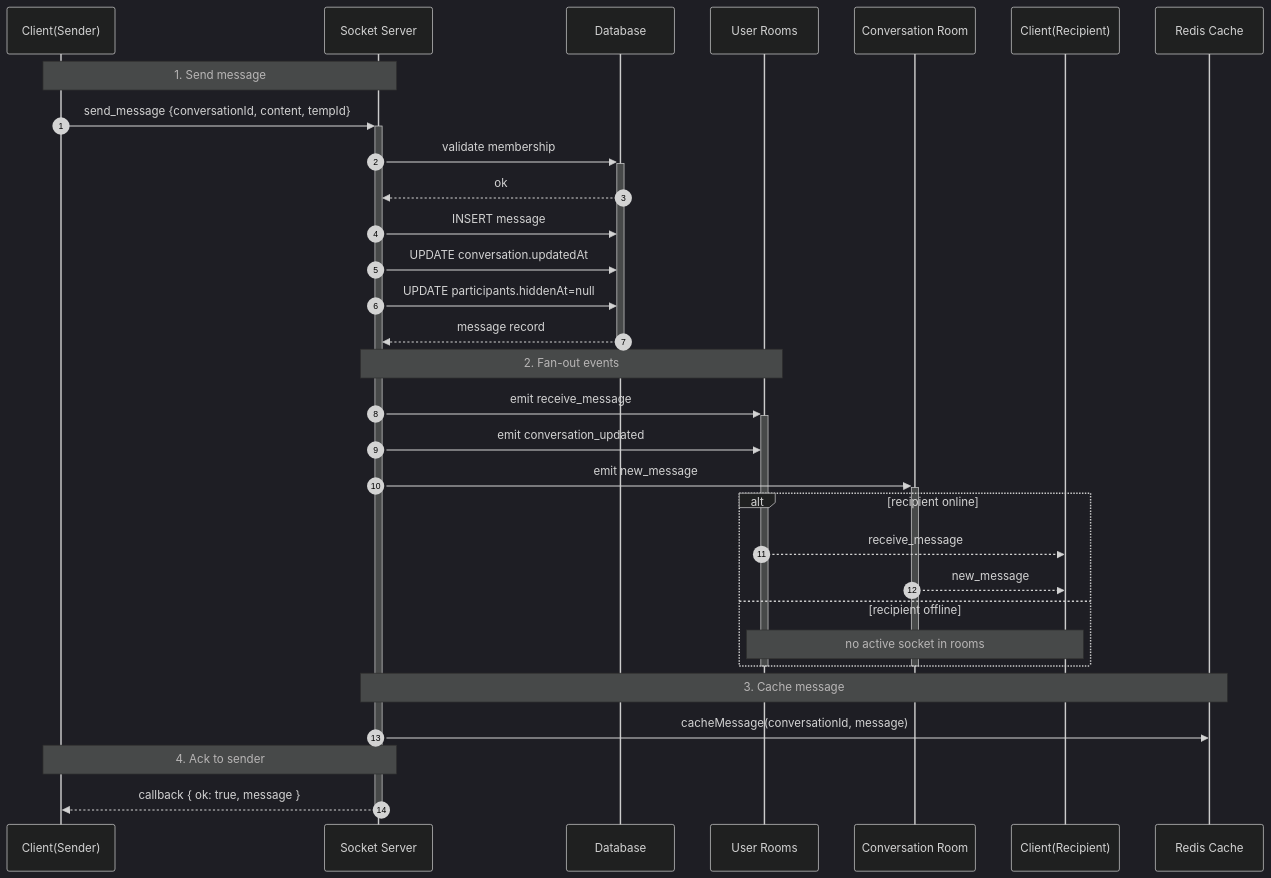
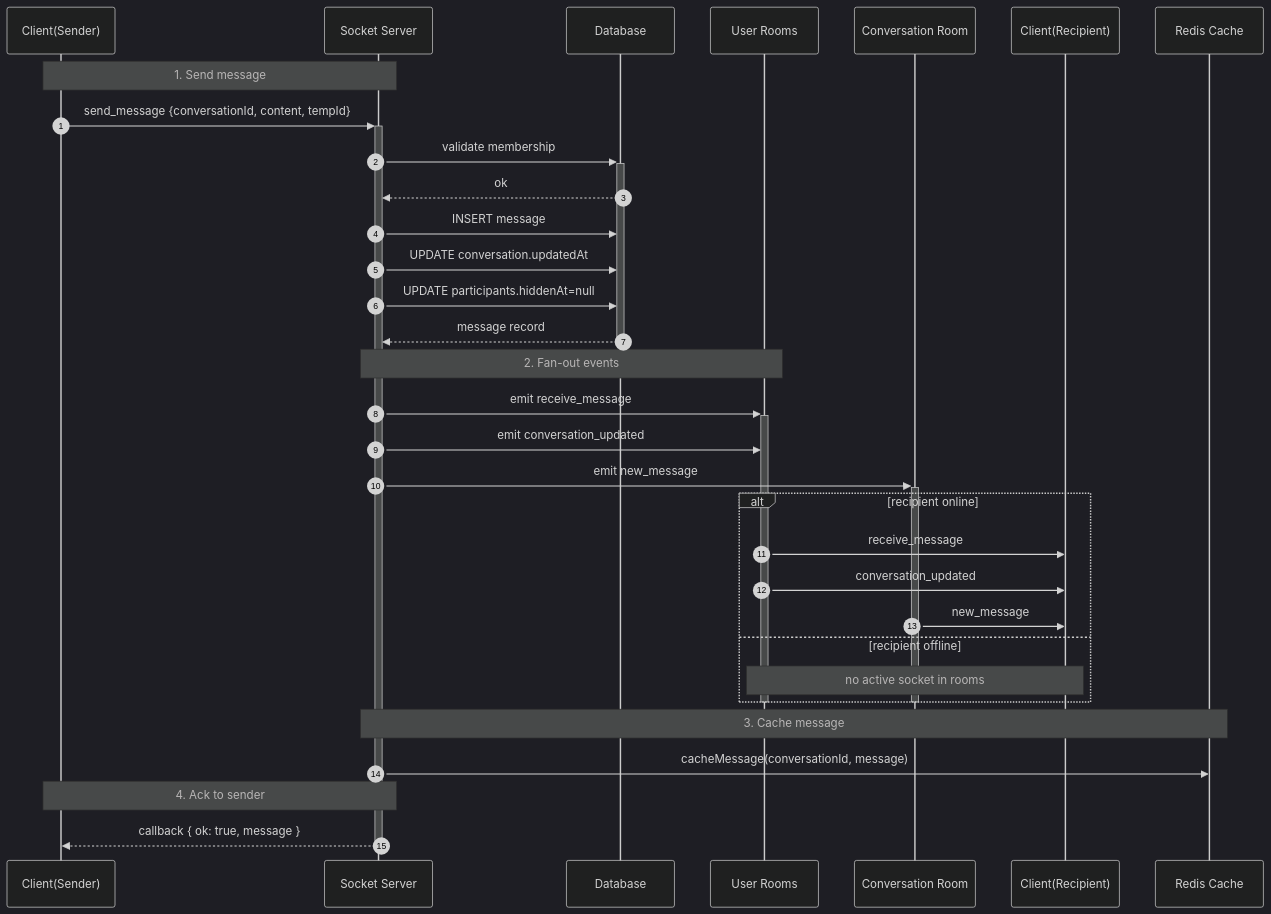
One commit to dinhhoang235/Chat-App changed the first of 4 diagrams in docs/messaging.md. Above: the diagram before and after it, drawn with Mermaid (dark theme). The commit also changed other lines of this file and 6 other files, not shown here.

Commit message:
refactor: streamline sequence diagrams and enhance clarity in API interactions across documentation

````diff
--- a/docs/messaging.md
+++ b/docs/messaging.md
@@ -23,40 +46,41 @@
 ```mermaid
 sequenceDiagram
   autonumber
   participant U as Client(Sender)
   participant S as Socket Server
   participant DB as Database
   participant Users as User Rooms
   participant Conv as Conversation Room
   participant R as Client(Recipient)
   participant Cache as Redis Cache
 
   Note over U,S: 1. Send message
   U->>+S: send_message {conversationId, content, tempId}
   S->>+DB: validate membership
   DB-->>S: ok
   S->>DB: INSERT message
   S->>DB: UPDATE conversation.updatedAt
   S->>DB: UPDATE participants.hiddenAt=null
   DB-->>-S: message record
 
   Note over S,Users: 2. Fan-out events
   S->>+Users: emit receive_message
   S->>Users: emit conversation_updated
   S->>+Conv: emit new_message
 
   alt recipient online
-    Users-->>R: receive_message
-    Conv-->>R: new_message
+    Users->>R: receive_message
+    Users->>R: conversation_updated
+    Conv->>R: new_message
   else recipient offline
     Note over Users,R: no active socket in rooms
   end
   deactivate Users
   deactivate Conv
 
   Note over S,Cache: 3. Cache message
   S->>Cache: cacheMessage(conversationId, message)
 
   Note over U,S: 4. Ack to sender
   S-->>-U: callback { ok: true, message }
 ```
````
